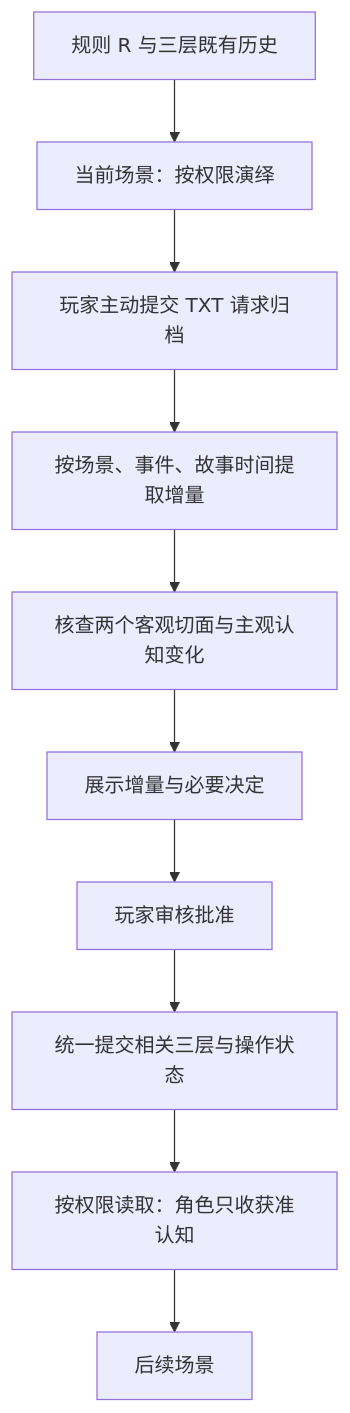
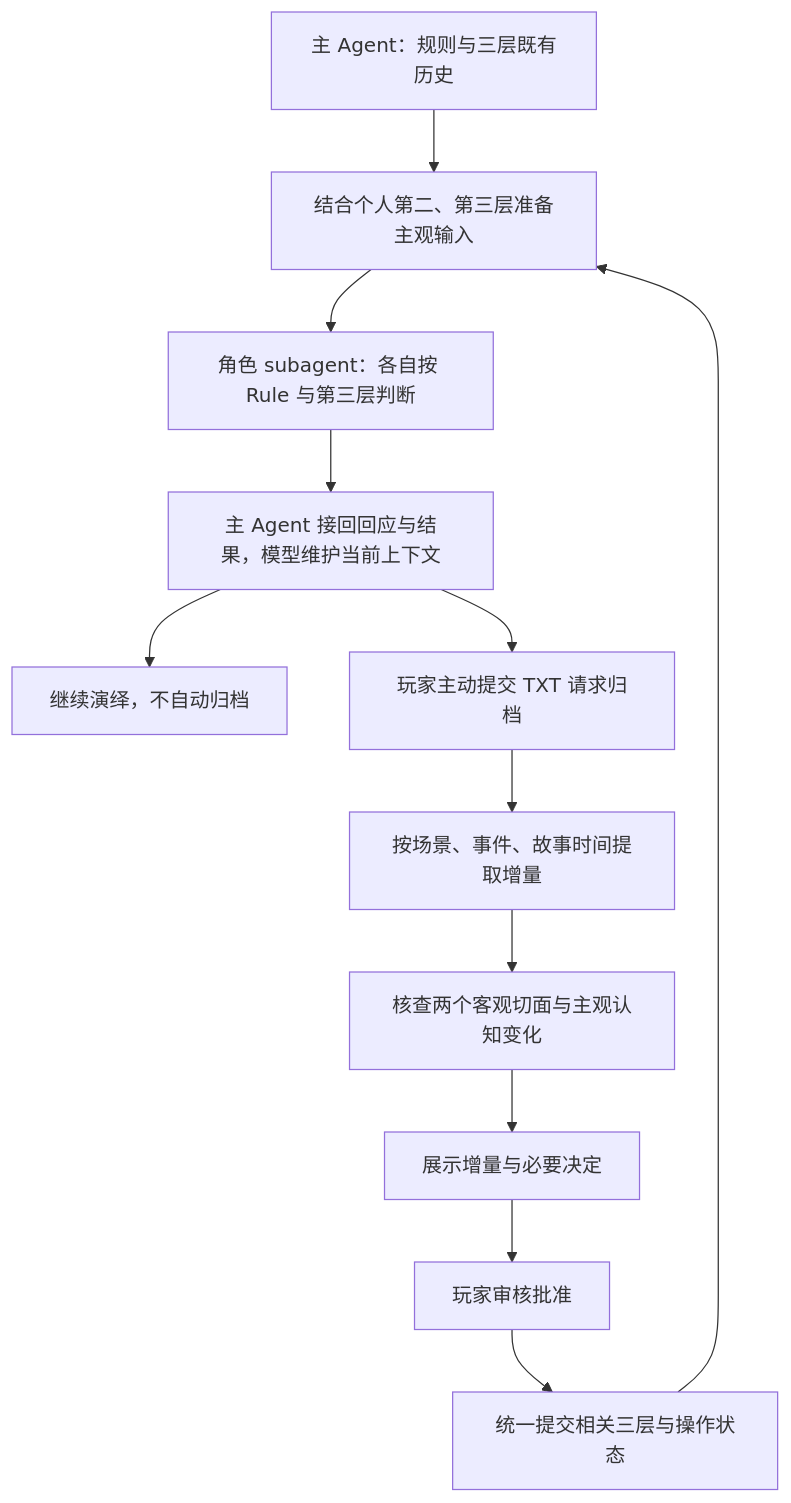
The second of 2 diagrams in README.md (NakanoIchirou/Storyline-Memory), drawn with Mermaid before and after one commit. The commit also changed other lines of this file and 1 other file, not shown here.

Commit message:
Clarify main-agent projection and isolated role decision flow

````diff
--- a/README.md
+++ b/README.md
@@ -97,12 +103,14 @@
 ```mermaid
 flowchart TD
-    R["规则 R 与三层既有历史"] --> C["当前场景：按权限演绎"]
-    C --> T["玩家主动提交 TXT 请求归档"]
+    R["主 Agent：规则与三层既有历史"] --> P["结合个人第二、第三层准备主观输入"]
+    P --> C["角色 subagent：各自按 Rule 与第三层判断"]
+    C --> X["主 Agent 接回回应与结果，模型维护当前上下文"]
+    X --> N["继续演绎，不自动归档"]
+    X --> T["玩家主动提交 TXT 请求归档"]
     T --> E["按场景、事件、故事时间提取增量"]
     E --> V["核查两个客观切面与主观认知变化"]
     V --> D["展示增量与必要决定"]
     D --> A["玩家审核批准"]
     A --> F["统一提交相关三层与操作状态"]
-    F --> Q["按权限读取：角色只收获准认知"]
-    Q --> N["后续场景"]
+    F --> P
 ```
````
